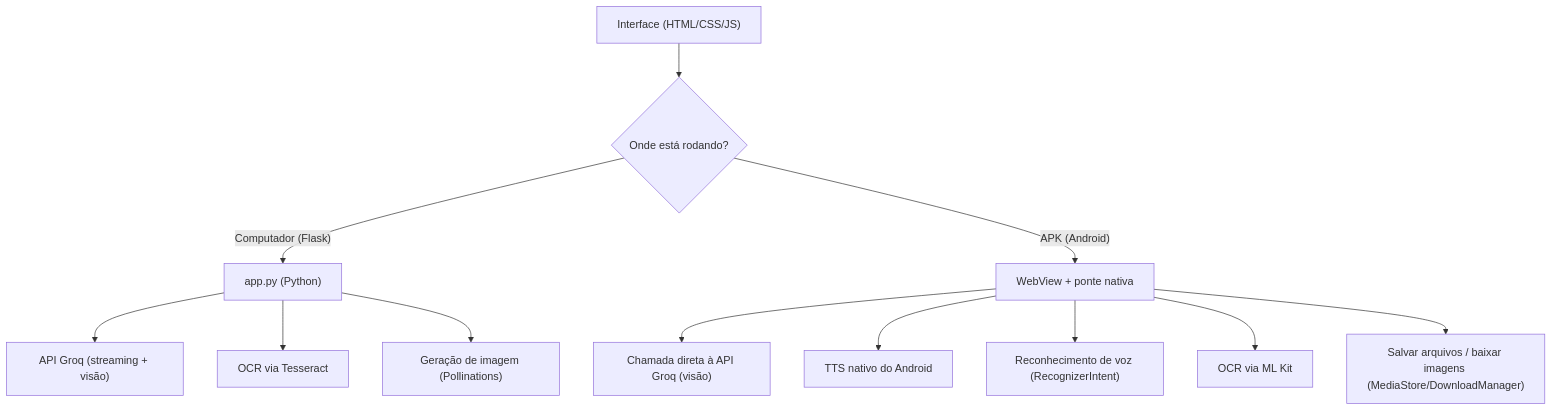
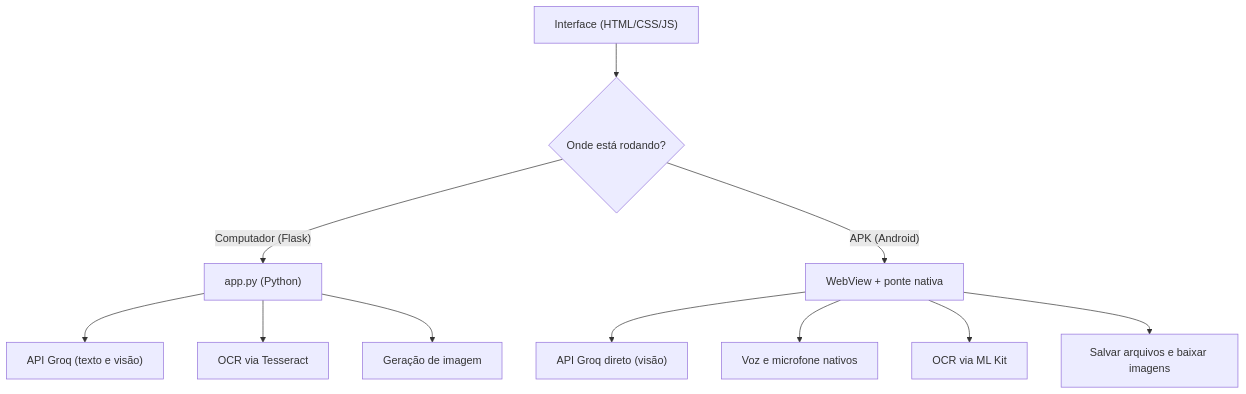
Before and after one commit to jt168304-sys/ia-assistente: the diagram in README.md, drawn with Mermaid. The commit also changed other lines of this file and 3 other files, not shown here.

````diff
--- a/README.md
+++ b/README.md
@@ -20,14 +18,13 @@
 ```mermaid
 graph TD
     A["Interface (HTML/CSS/JS)"] --> B{"Onde está rodando?"}
     B -->|"Computador (Flask)"| C["app.py (Python)"]
-    C --> D["API Groq (streaming + visão)"]
+    C --> D["API Groq (texto e visão)"]
     C --> E["OCR via Tesseract"]
-    C --> F["Geração de imagem (Pollinations)"]
+    C --> F["Geração de imagem"]
     B -->|"APK (Android)"| G["WebView + ponte nativa"]
-    G --> H["Chamada direta à API Groq (visão)"]
-    G --> I["TTS nativo do Android"]
-    G --> J["Reconhecimento de voz (RecognizerIntent)"]
-    G --> K["OCR via ML Kit"]
-    G --> L["Salvar arquivos / baixar imagens (MediaStore/DownloadManager)"]
+    G --> H["API Groq direto (visão)"]
+    G --> I["Voz e microfone nativos"]
+    G --> J["OCR via ML Kit"]
+    G --> K["Salvar arquivos e baixar imagens"]
 ```
````
